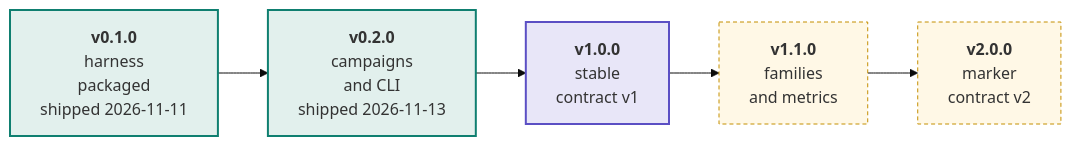
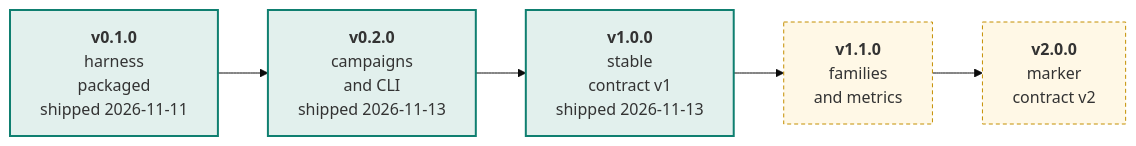
The first of 2 diagrams in docs/roadmap.md (swarm-routing/ns3-tools), drawn with Mermaid (base theme) before and after one commit. The commit also changed other lines of this file and 3 other files, not shown here.

First line of the commit message:
docs(roadmap): v1.0.0 shipped, its zenodo doi read from the record (#183)

````diff
--- a/docs/roadmap.md
+++ b/docs/roadmap.md
@@ -47,16 +47,16 @@
 ```mermaid
 flowchart LR
     V01["<b>v0.1.0</b><br/>harness<br/>packaged<br/>shipped 2026-11-11"]
     V02["<b>v0.2.0</b><br/>campaigns<br/>and CLI<br/>shipped 2026-11-13"]
-    V10["<b>v1.0.0</b><br/>stable<br/>contract v1"]
+    V10["<b>v1.0.0</b><br/>stable<br/>contract v1<br/>shipped 2026-11-13"]
     V11["<b>v1.1.0</b><br/>families<br/>and metrics"]
     V20["<b>v2.0.0</b><br/>marker<br/>contract v2"]
 
     V01 --> V02 --> V10 --> V11 --> V20
 
     style V01 fill:#e2f0ed,stroke:#0f7f70,stroke-width:2px
     style V02 fill:#e2f0ed,stroke:#0f7f70,stroke-width:2px
-    style V10 fill:#e8e6f8,stroke:#5b4fc4,stroke-width:2px
+    style V10 fill:#e2f0ed,stroke:#0f7f70,stroke-width:2px
     style V11 fill:#fff8e6,stroke:#c48f00,stroke-dasharray:4 3
     style V20 fill:#fff8e6,stroke:#c48f00,stroke-dasharray:4 3
 ```
````
